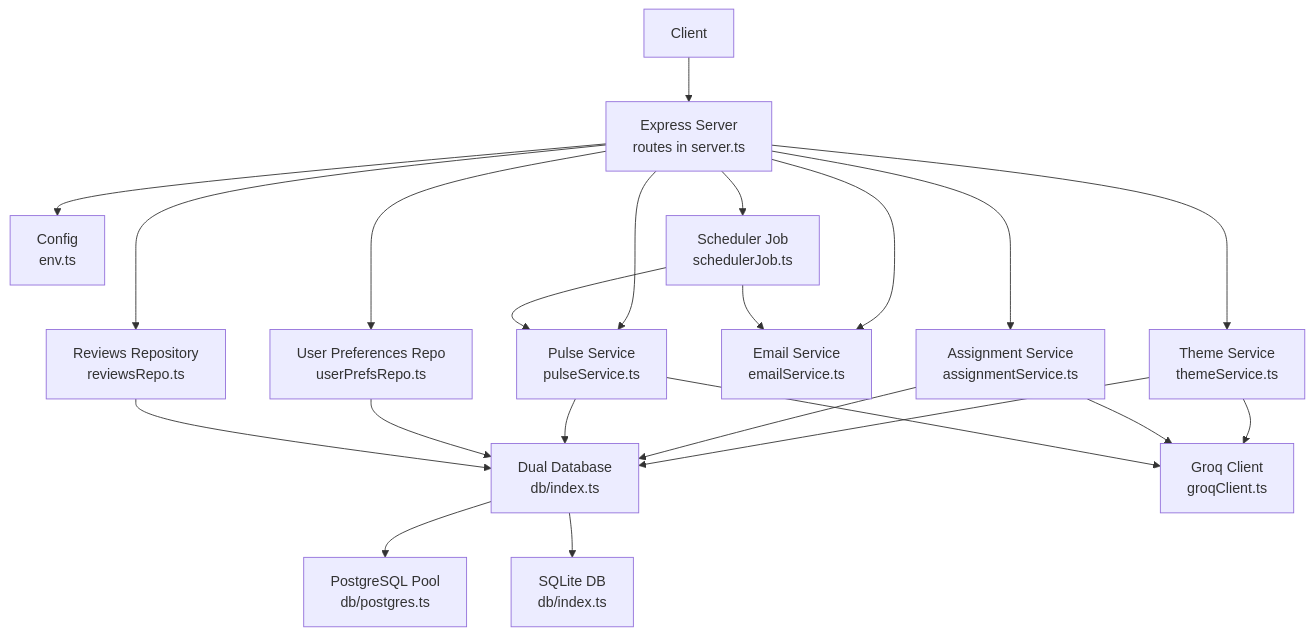
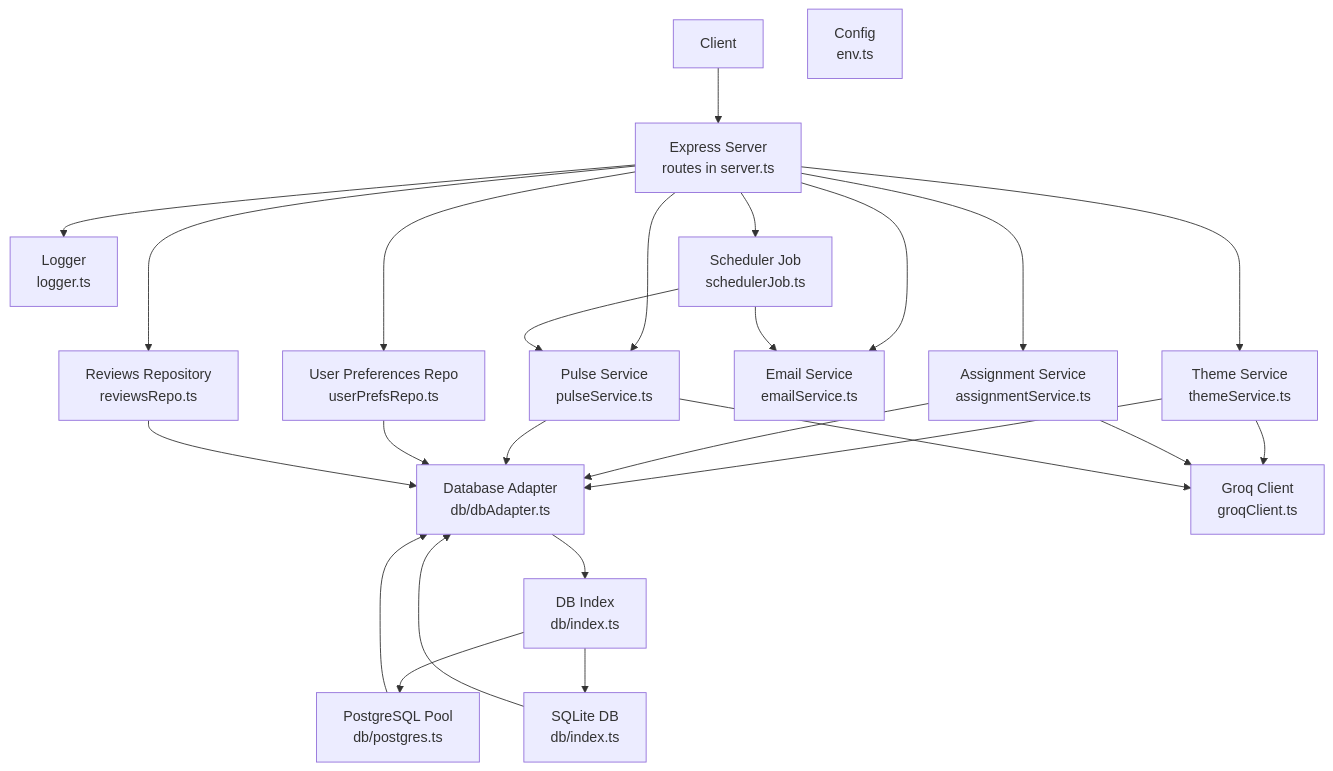
The first of 11 diagrams in .qoder/repowiki/en/content/API Reference/Phase 2 API Endpoints.md (aravinthraj-ramalingam/Groww-App-Review-Insights-Analyzer-), drawn with Mermaid before and after one commit. The commit also changed other lines of this file and 10 other files, not shown here.

````diff
--- a/.qoder/repowiki/en/content/API Reference/Phase 2 API Endpoints.md
+++ b/.qoder/repowiki/en/content/API Reference/Phase 2 API Endpoints.md
@@ -70,38 +76,43 @@
 ```mermaid
 graph TB
 Client["Client"]
 API["Express Server<br/>routes in server.ts"]
+Logger["Logger<br/>logger.ts"]
 Config["Config<br/>env.ts"]
-DB["Dual Database<br/>db/index.ts"]
+DB["Database Adapter<br/>db/dbAdapter.ts"]
+DBIndex["DB Index<br/>db/index.ts"]
 Postgres["PostgreSQL Pool<br/>db/postgres.ts"]
 SQLite["SQLite DB<br/>db/index.ts"]
 ThemeSvc["Theme Service<br/>themeService.ts"]
 AssignSvc["Assignment Service<br/>assignmentService.ts"]
 PulseSvc["Pulse Service<br/>pulseService.ts"]
 EmailSvc["Email Service<br/>emailService.ts"]
 PrefSvc["User Preferences Repo<br/>userPrefsRepo.ts"]
 ReviewsRepo["Reviews Repository<br/>reviewsRepo.ts"]
 Scheduler["Scheduler Job<br/>schedulerJob.ts"]
 Groq["Groq Client<br/>groqClient.ts"]
 Client --> API
+API --> Logger
 API --> ThemeSvc
 API --> AssignSvc
 API --> PulseSvc
 API --> EmailSvc
 API --> PrefSvc
 API --> ReviewsRepo
 API --> Scheduler
-API --> Config
 ThemeSvc --> DB
 AssignSvc --> DB
 PulseSvc --> DB
 PrefSvc --> DB
 ReviewsRepo --> DB
 Scheduler --> PulseSvc
 Scheduler --> EmailSvc
 ThemeSvc --> Groq
 AssignSvc --> Groq
 PulseSvc --> Groq
-DB --> Postgres
-DB --> SQLite
+DB --> DBIndex
+DBIndex --> Postgres
+DBIndex --> SQLite
+Postgres --> DB
+SQLite --> DB
 ```
````
